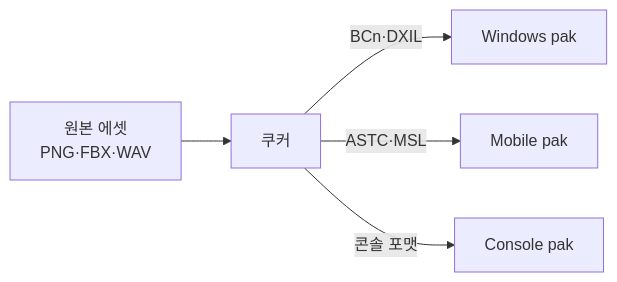
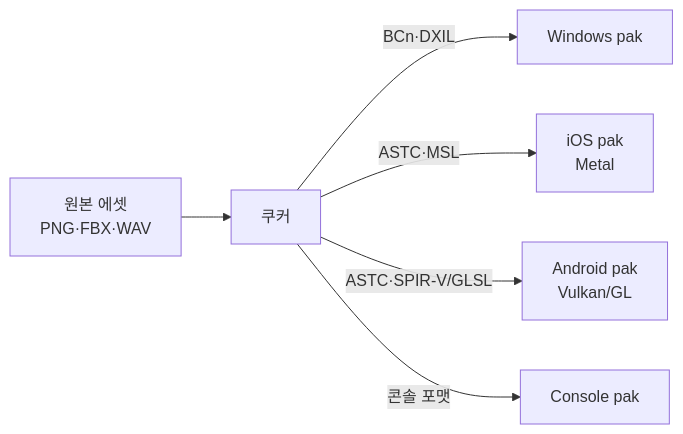
The fourth of 9 diagrams in platform/part05_crossplatform.md (Rein-ArXiv/game-dev-curriculum), drawn with Mermaid before and after one commit. The commit also changed other lines of this file and 279 other files, not shown here.

````diff
--- a/platform/part05_crossplatform.md
+++ b/platform/part05_crossplatform.md
@@ -190,7 +190,8 @@
 ```mermaid
 flowchart LR
     Src[원본 에셋<br/>PNG·FBX·WAV] --> Cook[쿠커]
     Cook -->|BCn·DXIL| Win[Windows pak]
-    Cook -->|ASTC·MSL| Mobile[Mobile pak]
+    Cook -->|ASTC·MSL| MobileIOS[iOS pak<br/>Metal]
+    Cook -->|ASTC·SPIR-V/GLSL| MobileAndroid[Android pak<br/>Vulkan/GL]
     Cook -->|콘솔 포맷| Console[Console pak]
 ```
````
